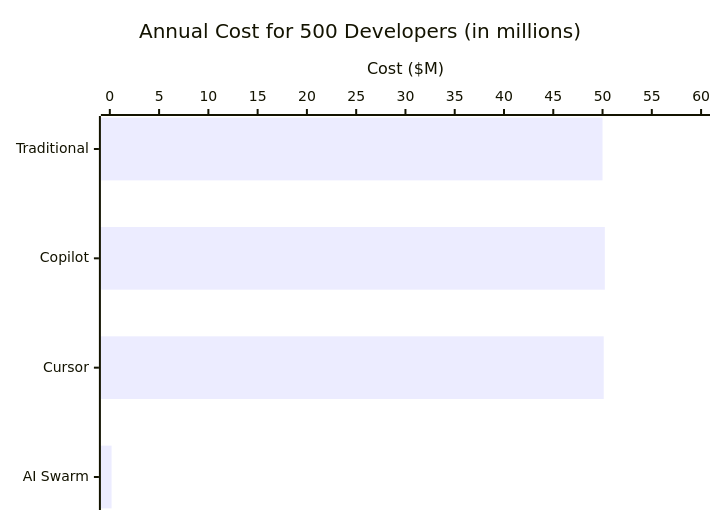
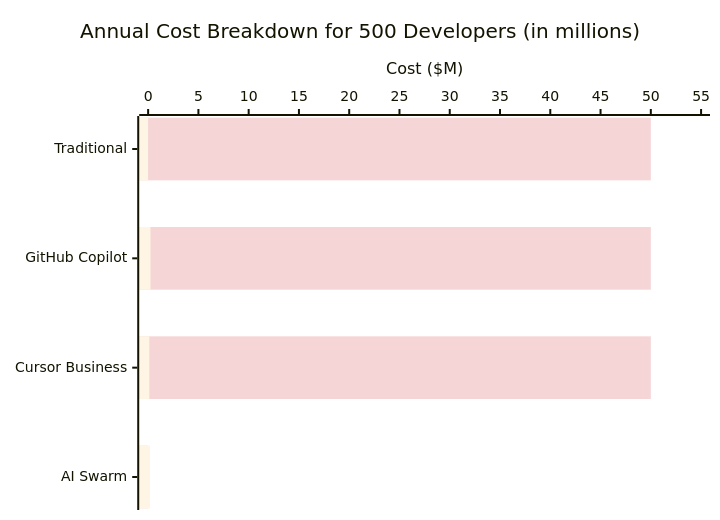
One commit to o2alexanderfedin/AI-Hive-Business-Docs changed the third of 9 diagrams in business-documents/market-analysis/06-pricing-analysis.md. Above: the diagram before and after it, drawn with Mermaid. The commit also changed other lines of this file, not shown here.

Commit message:
Enhance xychart with color coding and cost breakdown
- Add color palette: Red for developer costs, Yellow for tool costs, Green for AI Swarm
- Split bars to show developer costs vs tool/platform costs
- Traditional: M developers only
- Copilot: M developers + /bin/zsh.234M tools
- Cursor: M developers + /bin/zsh.12M tools
- AI Swarm: /bin/zsh.18M platform only (no developers)
- Add color legend for clarity
- Visual clearly shows tool costs are negligible compared to developer costs

````diff
--- a/business-documents/market-analysis/06-pricing-analysis.md
+++ b/business-documents/market-analysis/06-pricing-analysis.md
@@ -167,8 +167,15 @@
 ```mermaid
-%%{init: {'theme': 'base', 'themeVariables': {'xyChart': {'backgroundColor': 'transparent'}}}}%%
+---
+config:
+  themeVariables:
+    xyChart:
+      backgroundColor: transparent
+      plotColorPalette: "#F5D5D5, #FFF5E5, #D5F5D5"
+---
 xychart-beta horizontal
-    title "Annual Cost for 500 Developers (in millions)"
-    x-axis ["Traditional", "Copilot", "Cursor", "AI Swarm"]
-    y-axis "Cost ($M)" 0 --> 60
-    bar [50.00, 50.23, 50.12, 0.18]
+    title "Annual Cost Breakdown for 500 Developers (in millions)"
+    x-axis ["Traditional", "GitHub Copilot", "Cursor Business", "AI Swarm"]
+    y-axis "Cost ($M)" 0 --> 55
+    bar "Developer Costs" [50.00, 50.00, 50.00, 0]
+    bar "Tool/Platform Costs" [0, 0.234, 0.12, 0.18]
 ```
````
